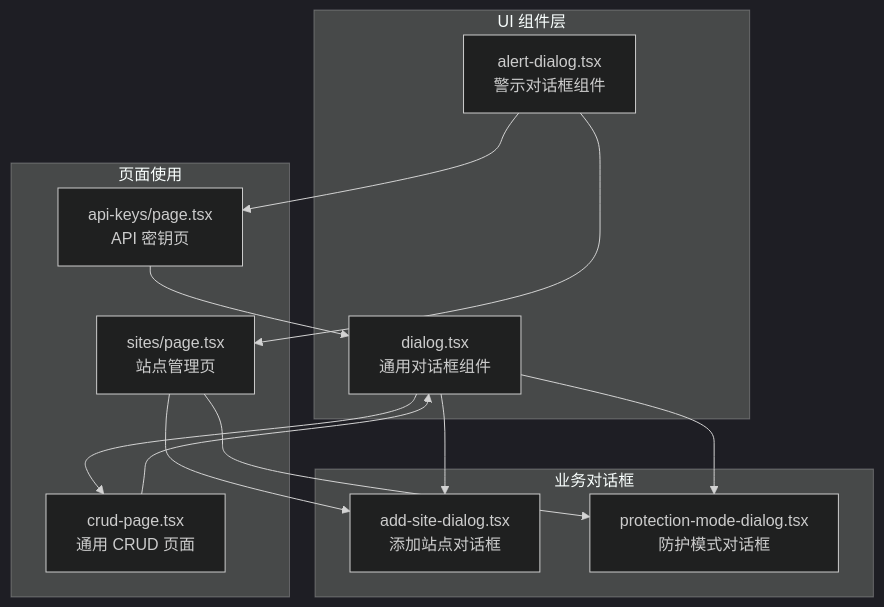
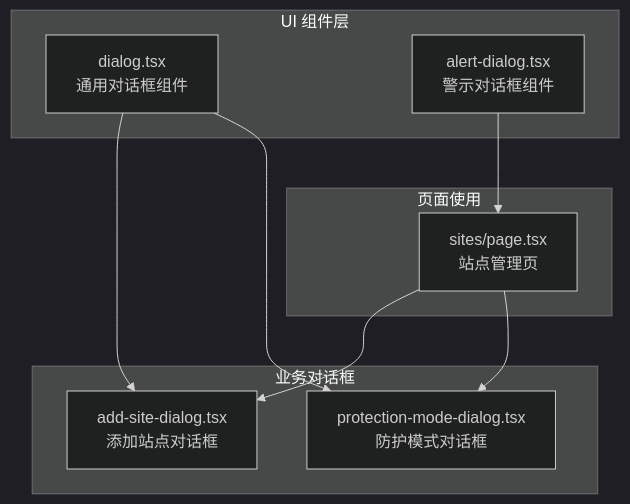
Before and after one commit to x01n/My-OpenWaf: the first of 8 diagrams in docs/前端管理界面/组件设计模式/对话框组件.md, drawn with Mermaid (dark theme). The commit also changed other lines of this file and 199 other files, not shown here.

````diff
--- a/docs/前端管理界面/组件设计模式/对话框组件.md
+++ b/docs/前端管理界面/组件设计模式/对话框组件.md
@@ -39,25 +38,19 @@
 ```mermaid
 graph TB
 subgraph "UI 组件层"
 D["dialog.tsx<br/>通用对话框组件"]
 AD["alert-dialog.tsx<br/>警示对话框组件"]
 end
 subgraph "业务对话框"
 ASD["add-site-dialog.tsx<br/>添加站点对话框"]
 PMD["protection-mode-dialog.tsx<br/>防护模式对话框"]
 end
 subgraph "页面使用"
 SITES["sites/page.tsx<br/>站点管理页"]
-APIKEYS["api-keys/page.tsx<br/>API 密钥页"]
-CRUD["crud-page.tsx<br/>通用 CRUD 页面"]
 end
 D --> ASD
 D --> PMD
 AD --> SITES
-AD --> APIKEYS
-D --> CRUD
 SITES --> ASD
 SITES --> PMD
-APIKEYS --> D
-CRUD --> D
 ```
````
